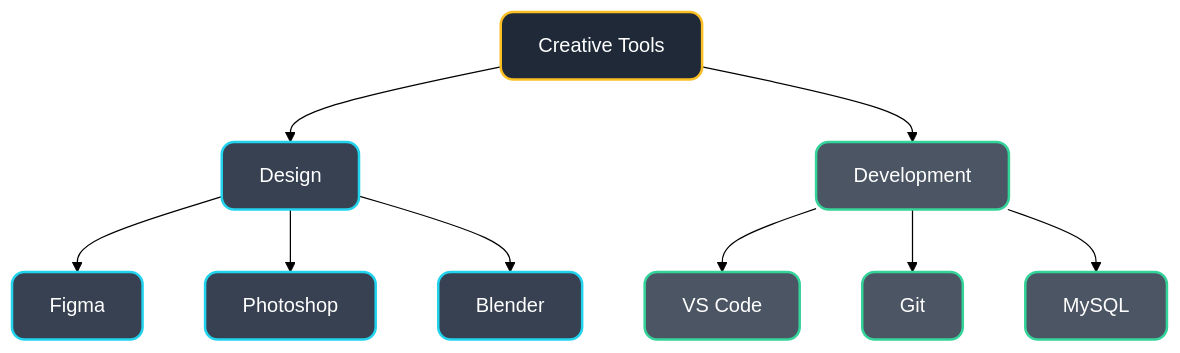
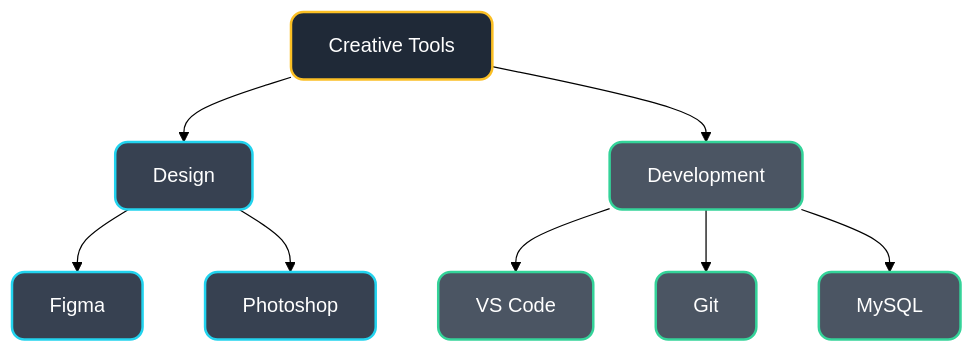
The second of 2 diagrams in README.md (Raseelp/Raseelp), drawn with Mermaid (forest theme) before and after one commit.

````diff
--- a/README.md
+++ b/README.md
@@ -59,25 +59,25 @@
 ```mermaid
 %% Note: This graph showcases my Design & Tools.  
 %% If it doesn't display, please view it on the GitHub website.
 graph TD
     A[Creative Tools] --> B[Design]
     A --> C[Development]
     
     B --> B1[Figma]
     B --> B2[Photoshop]
-    B --> B3[Blender]
+    
     
     C --> C1[VS Code]
     C --> C2[Git]
     C --> C3[MySQL]
 
     classDef main fill:#1f2937,stroke:#fbbf24,stroke-width:2px,color:#ffffff,rx:10px,ry:10px;
     classDef design fill:#374151,stroke:#22d3ee,stroke-width:2px,color:#ffffff,rx:10px,ry:10px;
     classDef dev fill:#4b5563,stroke:#34d399,stroke-width:2px,color:#ffffff,rx:10px,ry:10px;
 
     class A main;
-    class B,B1,B2,B3 design;
+    class B,B1,B2 design;
     class C,C1,C2,C3 dev;
 
 
 ```
````
